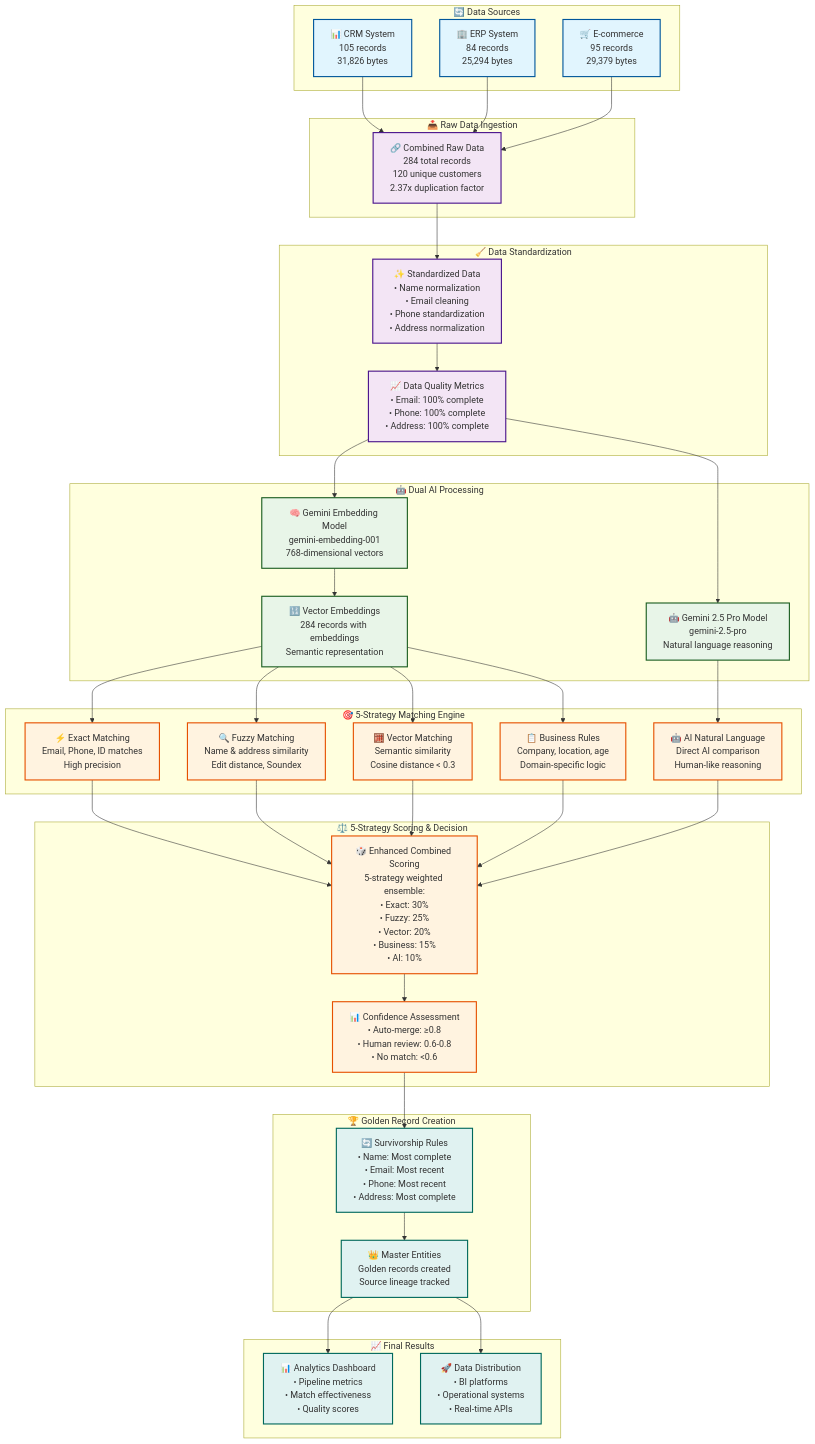
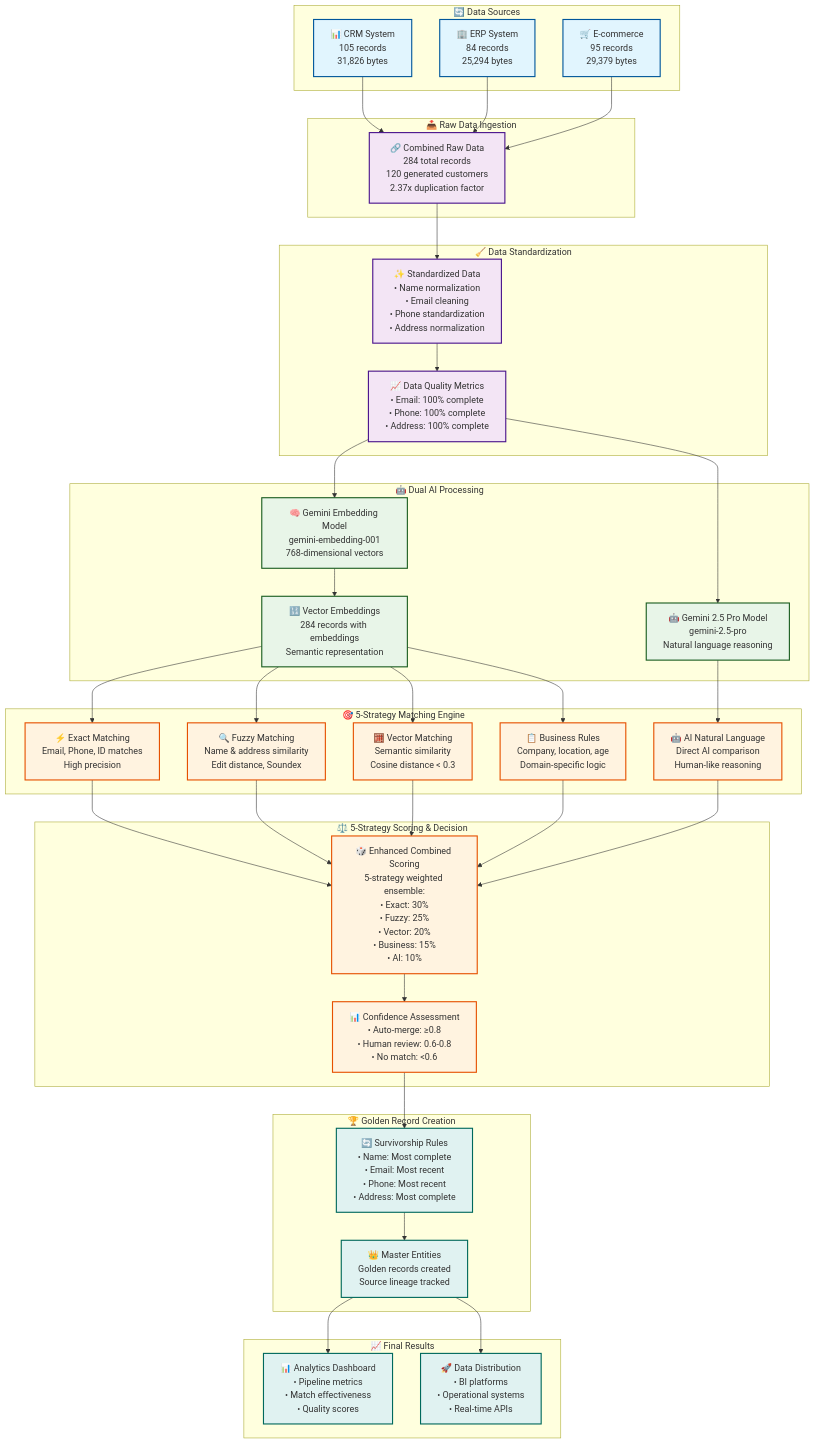
One commit to johanesalxd/mdm-gcp changed the first of 4 diagrams in batch_mdm_gcp/MDM_BATCH_RESULTS.md. Above: the diagram before and after it, drawn with Mermaid. The commit also changed other lines of this file and 4 other files, not shown here.

Commit message:
updating readme and unified architecture

```diff
--- a/batch_mdm_gcp/MDM_BATCH_RESULTS.md
+++ b/batch_mdm_gcp/MDM_BATCH_RESULTS.md
@@ -25,7 +25,7 @@
 
     %% Raw Data Processing
     subgraph Raw["📥 Raw Data Ingestion"]
-        COMBINED["🔗 Combined Raw Data<br/>284 total records<br/>120 unique customers<br/>2.37x duplication factor"]
+        COMBINED["🔗 Combined Raw Data<br/>284 total records<br/>120 generated customers<br/>2.37x duplication factor"]
     end
 
     %% Data Standardization
```
